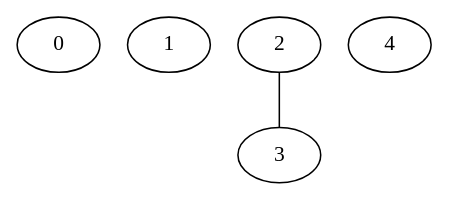
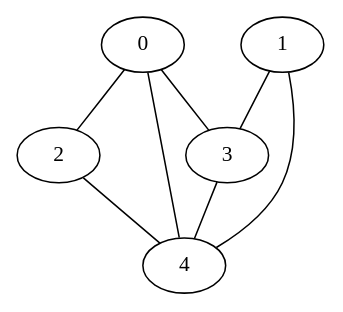
Before and after one commit to MathNerd28/graph-matching-research: the diagram in randomGraph.dot, drawn with Graphviz. The commit also changed 5 other files, not shown here.

Commit message:
Fixed regular graph to accept odd degrees

```diff
--- a/randomGraph.dot
+++ b/randomGraph.dot
@@ -1,8 +1,14 @@
 graph G {
-    0;
-    1;
-    2;
-    3;
-    4;
-    2 -- 3;
+0;
+1;
+2;
+3;
+4;
+0 -- 2;
+0 -- 3;
+0 -- 4;
+1 -- 3;
+1 -- 4;
+2 -- 4;
+3 -- 4;
 }
```
